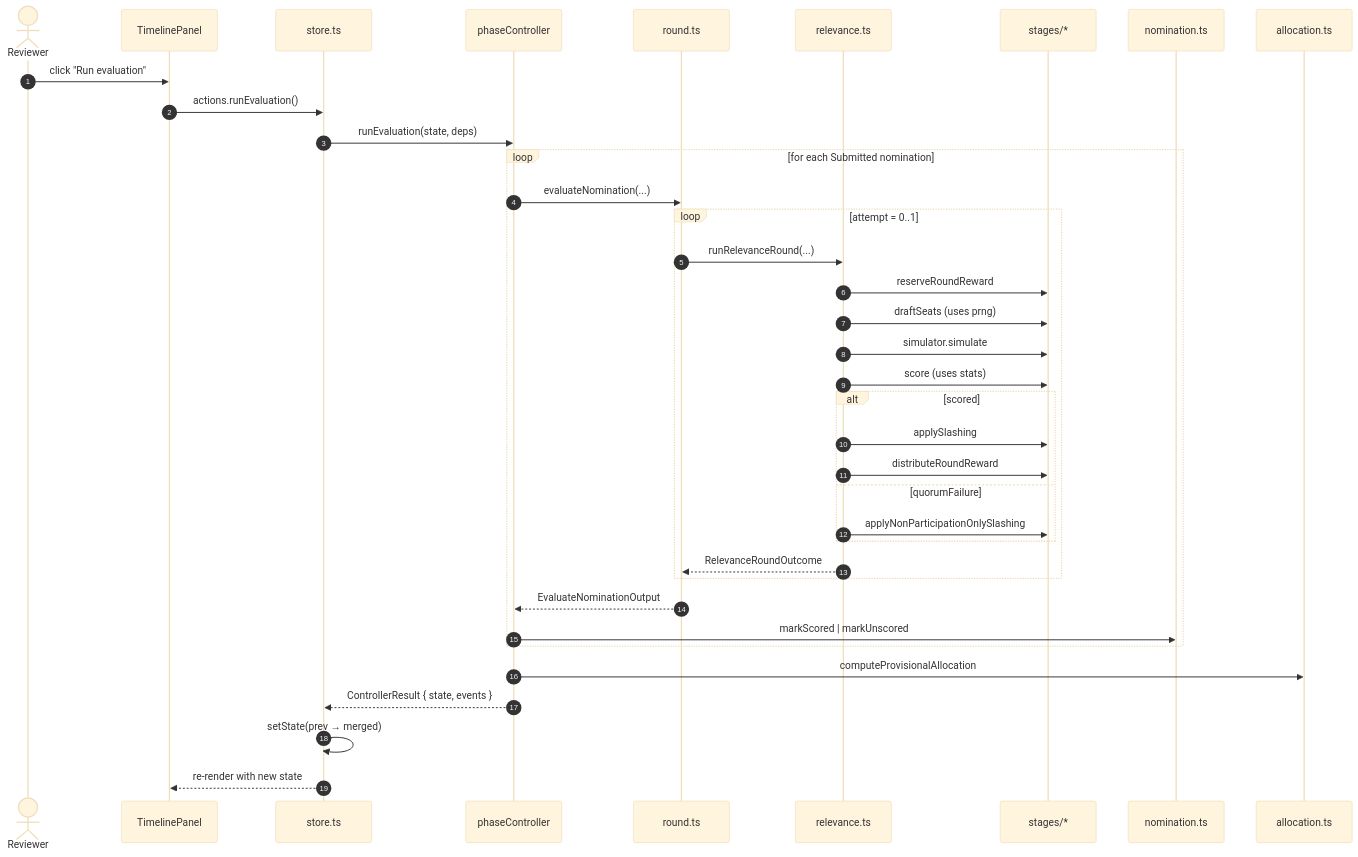
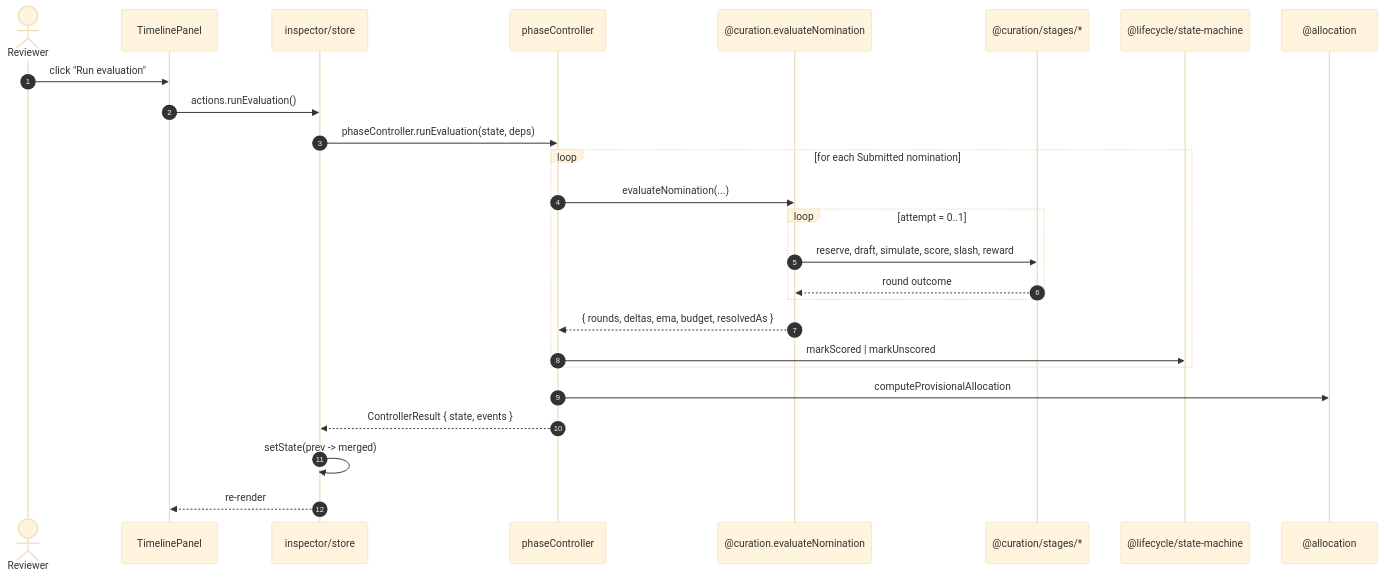
One commit to 0xferit/manuscript-decentralized-curation changed the third of 5 diagrams in projects/rpgf/prototype/ARCHITECTURE.md. Above: the diagram before and after it, drawn with Mermaid (base theme). The commit also changed other lines of this file, not shown here.

Commit message:
docs(rpgf): refresh ARCHITECTURE.md to reflect 7-module layout

````diff
--- a/projects/rpgf/prototype/ARCHITECTURE.md
+++ b/projects/rpgf/prototype/ARCHITECTURE.md
@@ -187,40 +243,29 @@
 ```mermaid
 sequenceDiagram
   autonumber
   actor U as Reviewer
   participant TL as TimelinePanel
-  participant ST as store.ts
+  participant ST as inspector/store
   participant CT as phaseController
-  participant RD as round.ts
-  participant RV as relevance.ts
-  participant SG as stages/*
-  participant NM as nomination.ts
-  participant AL as allocation.ts
+  participant CR as @curation.evaluateNomination
+  participant SG as @curation/stages/*
+  participant SM as @lifecycle/state-machine
+  participant AL as @allocation
 
   U->>TL: click "Run evaluation"
   TL->>ST: actions.runEvaluation()
-  ST->>CT: runEvaluation(state, deps)
+  ST->>CT: phaseController.runEvaluation(state, deps)
   loop for each Submitted nomination
-    CT->>RD: evaluateNomination(...)
+    CT->>CR: evaluateNomination(...)
     loop attempt = 0..1
-      RD->>RV: runRelevanceRound(...)
-      RV->>SG: reserveRoundReward
-      RV->>SG: draftSeats (uses prng)
-      RV->>SG: simulator.simulate
-      RV->>SG: score (uses stats)
-      alt scored
-        RV->>SG: applySlashing
-        RV->>SG: distributeRoundReward
-      else quorumFailure
-        RV->>SG: applyNonParticipationOnlySlashing
-      end
-      RV-->>RD: RelevanceRoundOutcome
+      CR->>SG: reserve, draft, simulate, score, slash, reward
+      SG-->>CR: round outcome
     end
-    RD-->>CT: EvaluateNominationOutput
-    CT->>NM: markScored | markUnscored
+    CR-->>CT: { rounds, deltas, ema, budget, resolvedAs }
+    CT->>SM: markScored | markUnscored
   end
   CT->>AL: computeProvisionalAllocation
   CT-->>ST: ControllerResult { state, events }
-  ST->>ST: setState(prev → merged)
-  ST-->>TL: re-render with new state
+  ST->>ST: setState(prev -> merged)
+  ST-->>TL: re-render
 ```
````
